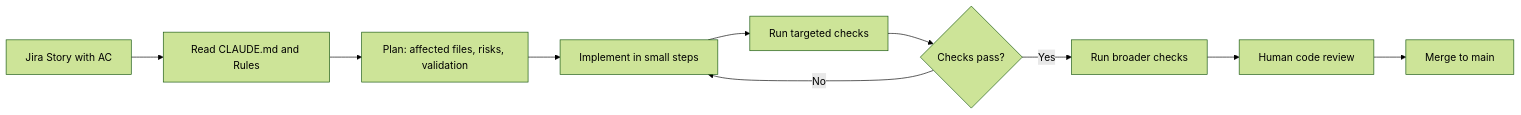
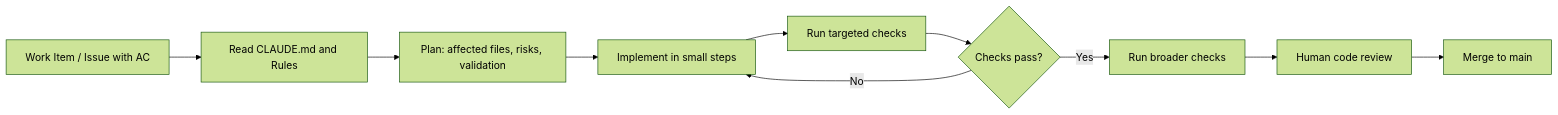
The diagram in AI_AGENT_WORKFLOW.md (mohdrajab81/ai-engineering-governance), drawn with Mermaid (forest theme) before and after one commit. The commit also changed other lines of this file and 8 other files, not shown here.

````diff
--- a/AI_AGENT_WORKFLOW.md
+++ b/AI_AGENT_WORKFLOW.md
@@ -138,12 +145,12 @@
 ```mermaid
 flowchart LR
-  A[Jira Story with AC] --> B[Read CLAUDE.md and Rules]
+  A[Work Item / Issue with AC] --> B[Read CLAUDE.md and Rules]
   B --> C[Plan: affected files, risks, validation]
   C --> D[Implement in small steps]
   D --> E[Run targeted checks]
   E --> F{Checks pass?}
   F -- No --> D
   F -- Yes --> G[Run broader checks]
   G --> H[Human code review]
   H --> I[Merge to main]
 ```
````
